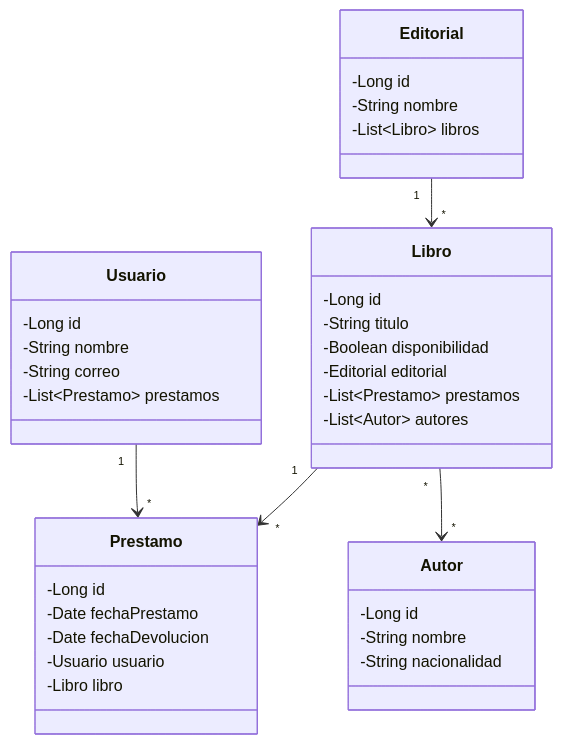
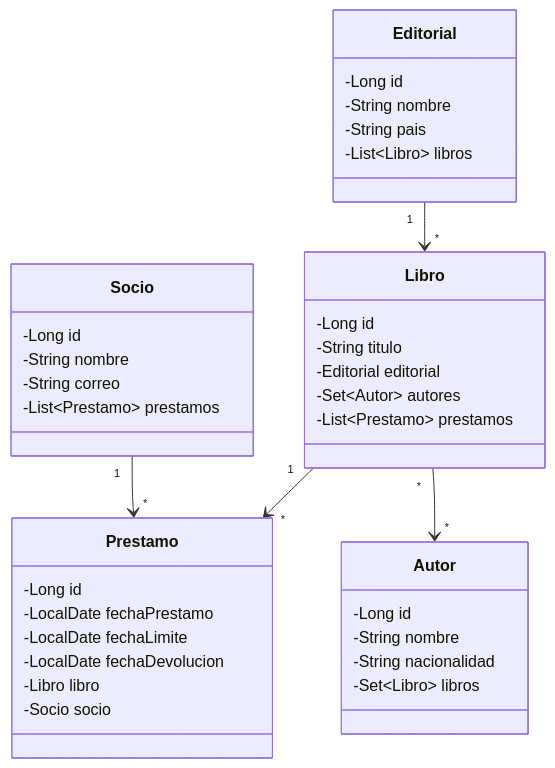
The second of 2 diagrams in README.md (itzelsalas985-dev/biblioteca-api), drawn with Mermaid before and after one commit. The commit also changed other lines of this file and 2 other files, not shown here.

````diff
--- a/README.md
+++ b/README.md
@@ -228,39 +269,41 @@
 ```mermaid
 classDiagram
     class Editorial {
         -Long id
         -String nombre
+        -String pais
         -List~Libro~ libros
     }
     class Libro {
         -Long id
         -String titulo
-        -Boolean disponibilidad
         -Editorial editorial
+        -Set~Autor~ autores
         -List~Prestamo~ prestamos
-        -List~Autor~ autores
     }
-    class Usuario {
+    class Socio {
         -Long id
         -String nombre
         -String correo
         -List~Prestamo~ prestamos
     }
     class Prestamo {
         -Long id
-        -Date fechaPrestamo
-        -Date fechaDevolucion
-        -Usuario usuario
+        -LocalDate fechaPrestamo
+        -LocalDate fechaLimite
+        -LocalDate fechaDevolucion
         -Libro libro
+        -Socio socio
     }
     class Autor {
         -Long id
         -String nombre
         -String nacionalidad
+        -Set~Libro~ libros
     }
 
     Editorial "1" --> "*" Libro
-    Usuario "1" --> "*" Prestamo
+    Socio "1" --> "*" Prestamo
     Libro "1" --> "*" Prestamo
     Libro "*" --> "*" Autor
 ```
````
